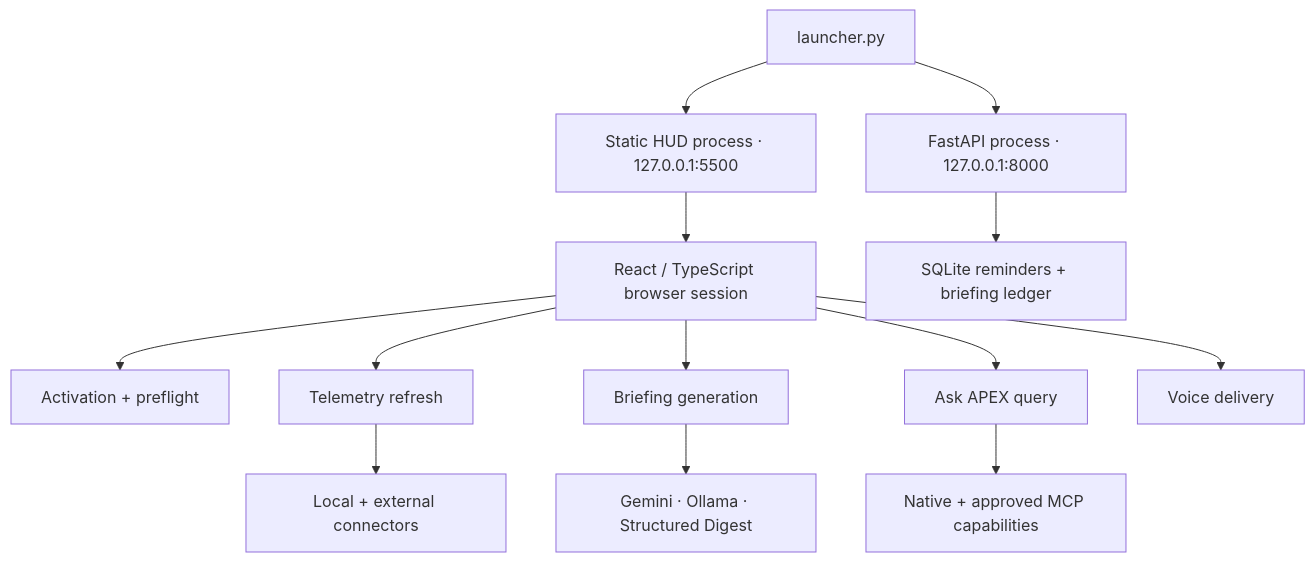
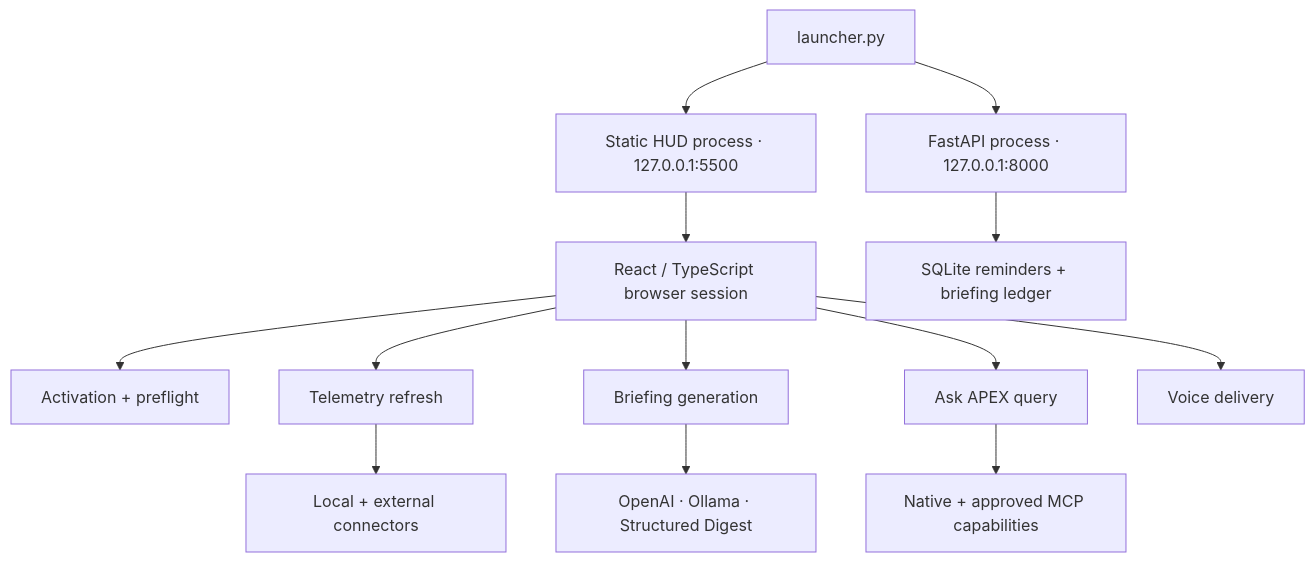
Before and after one commit to edumarcano/APEX: the diagram in docs/architecture.md, drawn with Mermaid. The commit also changed other lines of this file and 17 other files, not shown here.

````diff
--- a/docs/architecture.md
+++ b/docs/architecture.md
@@ -11,17 +11,17 @@
 ```mermaid
 flowchart TB
     Launcher["launcher.py"] --> API["FastAPI process · 127.0.0.1:8000"]
     Launcher --> Static["Static HUD process · 127.0.0.1:5500"]
     Static --> Browser["React / TypeScript browser session"]
 
     Browser --> Activation["Activation + preflight"]
     Browser --> Telemetry["Telemetry refresh"]
     Browser --> Briefing["Briefing generation"]
     Browser --> Assistant["Ask APEX query"]
     Browser --> Voice["Voice delivery"]
 
     Telemetry --> Connectors["Local + external connectors"]
-    Briefing --> Models["Gemini · Ollama · Structured Digest"]
+    Briefing --> Models["OpenAI · Ollama · Structured Digest"]
     Assistant --> Capabilities["Native + approved MCP capabilities"]
     API --> SQLite["SQLite reminders + briefing ledger"]
 ```
````
